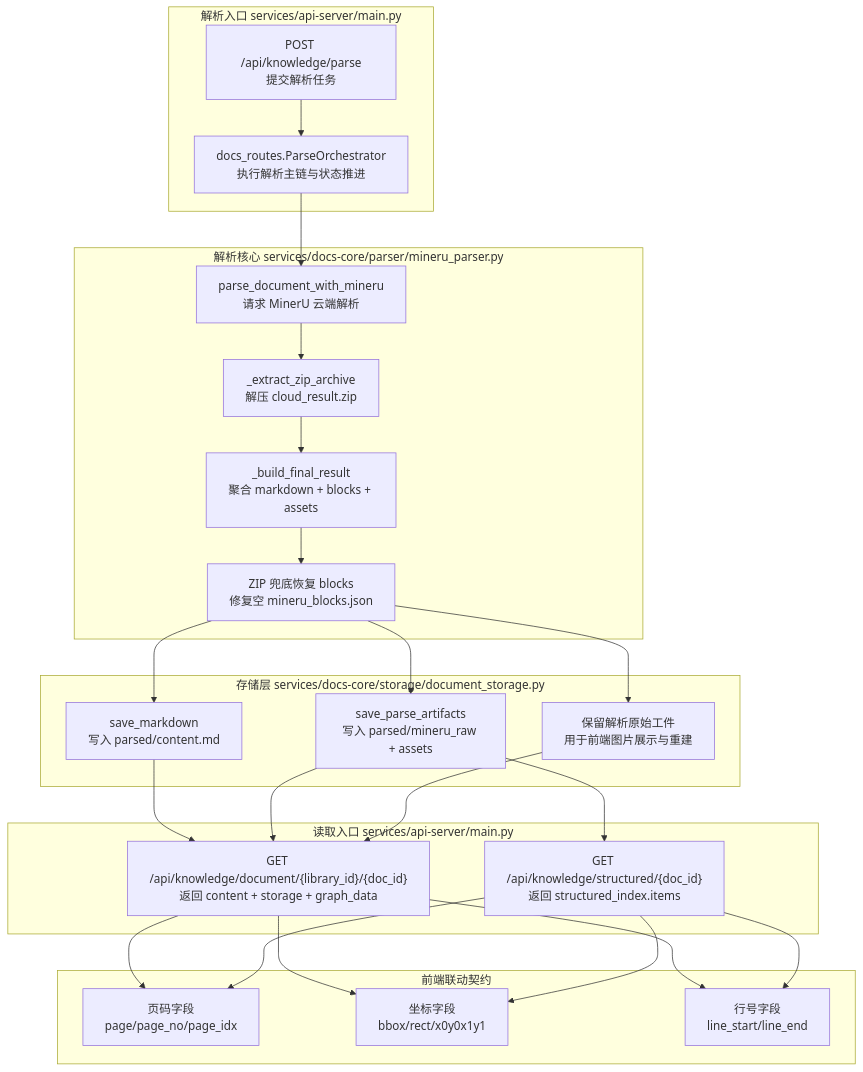
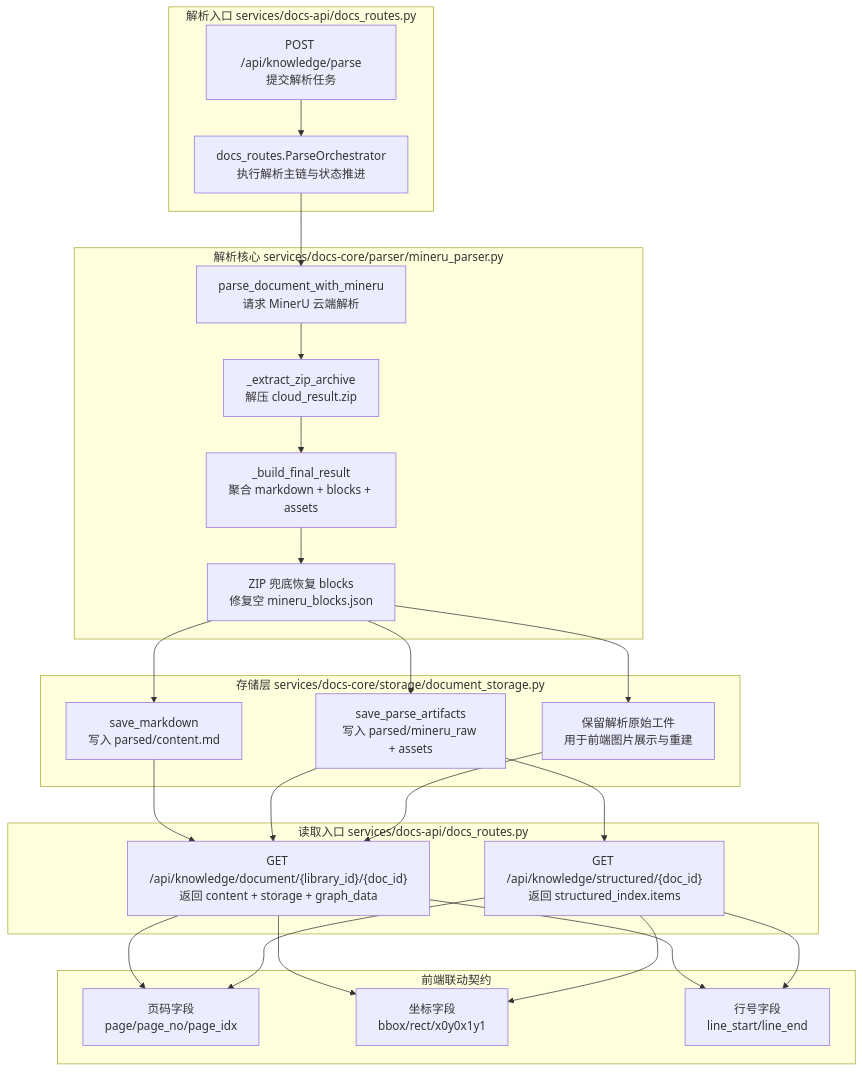
One commit to 0mao0/AnGIneer changed the fourth of 4 diagrams in docs/services-techniques.md. Above: the diagram before and after it, drawn with Mermaid. The commit also changed other lines of this file and 6 other files, not shown here.

````diff
--- a/docs/services-techniques.md
+++ b/docs/services-techniques.md
@@ -300,52 +303,52 @@
 ```mermaid
 flowchart TB
-  subgraph Ingest["解析入口 services/api-server/main.py"]
+  subgraph Ingest["解析入口 services/docs-api/docs_routes.py"]
     ParseReq["POST /api/knowledge/parse\n提交解析任务"]
     ParseTask["docs_routes.ParseOrchestrator\n执行解析主链与状态推进"]
   end
 
   subgraph Parser["解析核心 services/docs-core/parser/mineru_parser.py"]
     ParseMinerU["parse_document_with_mineru\n请求 MinerU 云端解析"]
     ExtractZip["_extract_zip_archive\n解压 cloud_result.zip"]
     BuildFinal["_build_final_result\n聚合 markdown + blocks + assets"]
     RecoverBlocks["ZIP 兜底恢复 blocks\n修复空 mineru_blocks.json"]
   end
 
   subgraph Storage["存储层 services/docs-core/storage/document_storage.py"]
     SaveMd["save_markdown\n写入 parsed/content.md"]
     SaveArtifacts["save_parse_artifacts\n写入 parsed/mineru_raw + assets"]
     KeepAssets["保留解析原始工件\n用于前端图片展示与重建"]
   end
 
-  subgraph ReadApi["读取入口 services/api-server/main.py"]
+  subgraph ReadApi["读取入口 services/docs-api/docs_routes.py"]
     GetDoc["GET /api/knowledge/document/{library_id}/{doc_id}\n返回 content + storage + graph_data"]
     GetStructured["GET /api/knowledge/structured/{doc_id}\n返回 structured_index.items"]
   end
 
   subgraph Contract["前端联动契约"]
     PageFields["页码字段\npage/page_no/page_idx"]
     RectFields["坐标字段\nbbox/rect/x0y0x1y1"]
     LineFields["行号字段\nline_start/line_end"]
   end
 
   ParseReq --> ParseTask
   ParseTask --> ParseMinerU
   ParseMinerU --> ExtractZip
   ExtractZip --> BuildFinal
   BuildFinal --> RecoverBlocks
   RecoverBlocks --> SaveMd
   RecoverBlocks --> SaveArtifacts
   RecoverBlocks --> KeepAssets
 
   SaveMd --> GetDoc
   SaveArtifacts --> GetDoc
   SaveArtifacts --> GetStructured
   KeepAssets --> GetDoc
 
   GetDoc --> PageFields
   GetStructured --> PageFields
   GetDoc --> RectFields
   GetStructured --> RectFields
   GetDoc --> LineFields
   GetStructured --> LineFields
 ```
````
